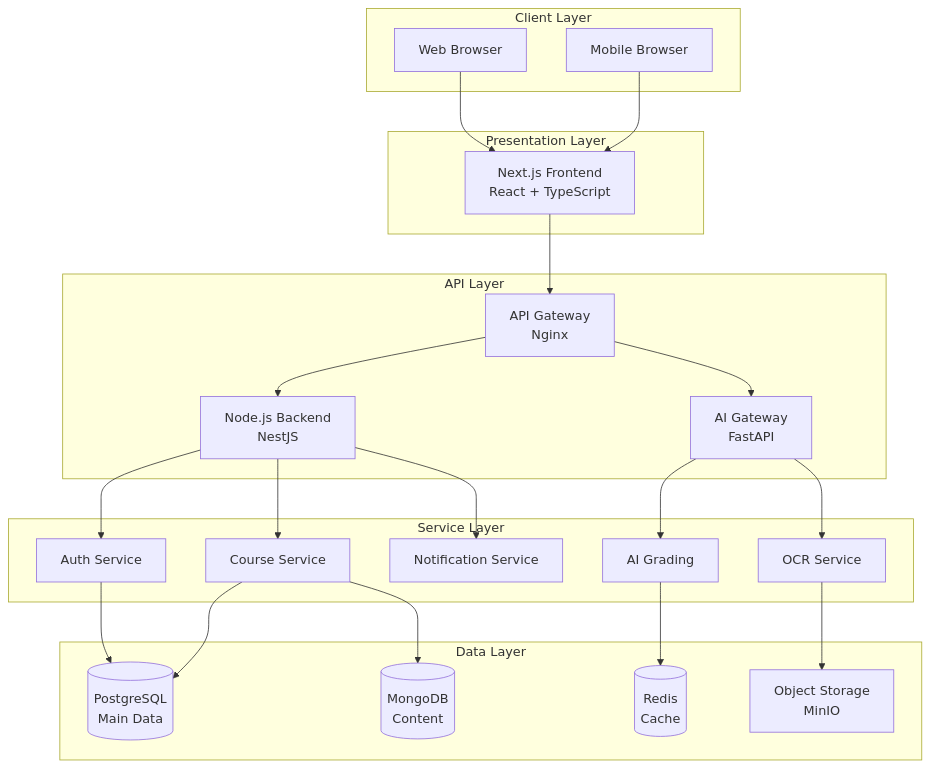
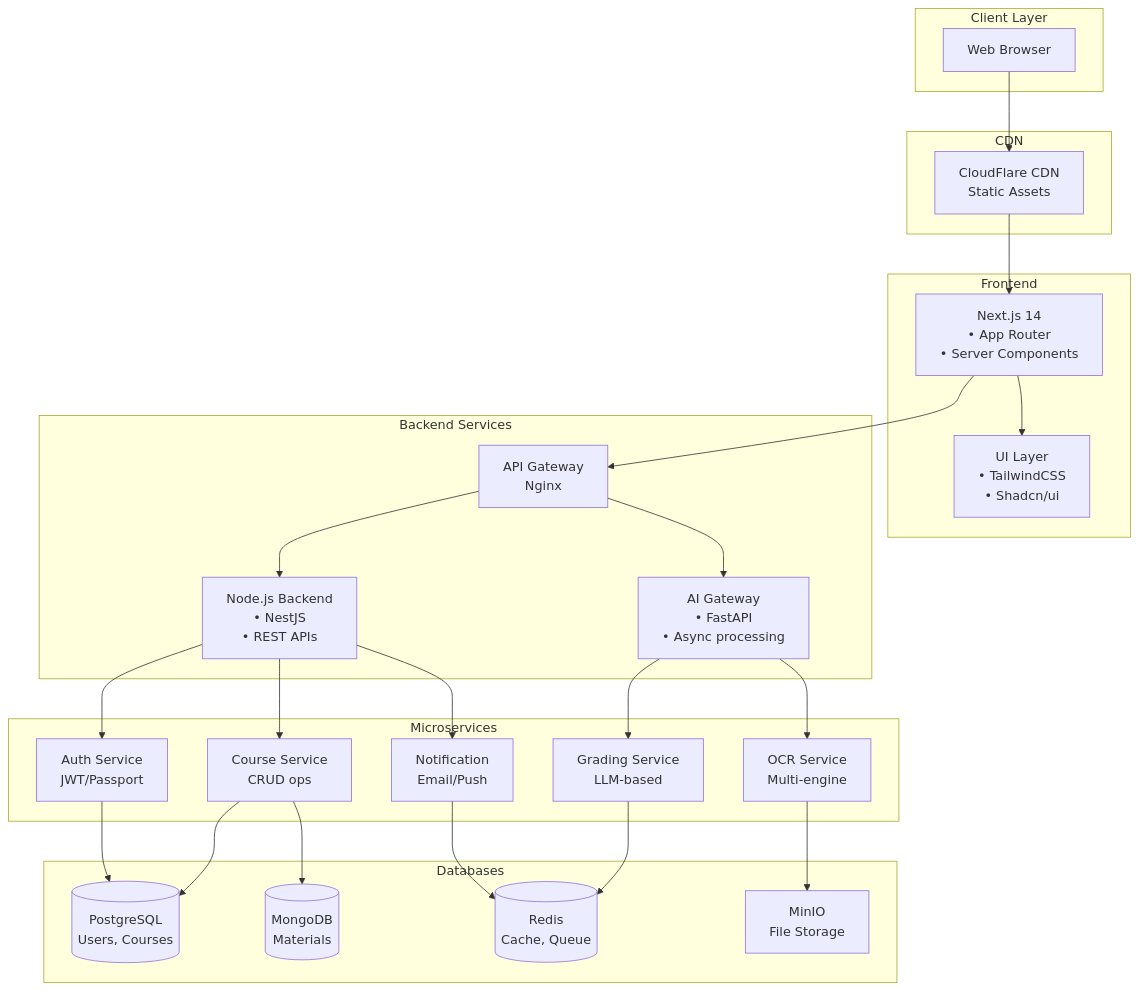
One commit to abdulrahman-riyad/Co-Learn changed the second of 12 diagrams in diagrams-and-docs/mvp-documentation.md. Above: the diagram before and after it, drawn with Mermaid. The commit also changed other lines of this file and 31 other files, not shown here.

Commit message:
diagrams updated

````diff
--- a/diagrams-and-docs/mvp-documentation.md
+++ b/diagrams-and-docs/mvp-documentation.md
@@ -164,49 +164,58 @@
 ```mermaid
 graph TB
     subgraph "Client Layer"
         Browser[Web Browser]
-        Mobile[Mobile Browser]
     end
     
-    subgraph "Presentation Layer"
-        NextJS[Next.js Frontend<br/>React + TypeScript]
+    subgraph "CDN"
+        CloudFlare[CloudFlare CDN<br/>Static Assets]
     end
     
-    subgraph "API Layer"
-        Gateway[API Gateway<br/>Nginx]
-        NodeAPI[Node.js Backend<br/>NestJS]
-        AIGateway[AI Gateway<br/>FastAPI]
+    subgraph "Frontend"
+        NextJS[Next.js 14<br/>• App Router<br/>• Server Components]
+        UI[UI Layer<br/>• TailwindCSS<br/>• Shadcn/ui]
     end
     
-    subgraph "Service Layer"
-        Auth[Auth Service]
-        Course[Course Service]
-        Grading[AI Grading]
-        OCR[OCR Service]
-        Notify[Notification Service]
+    subgraph "Backend Services"
+        Gateway[API Gateway<br/>Nginx]
+        NodeAPI[Node.js Backend<br/>• NestJS<br/>• REST APIs]
+        AIGateway[AI Gateway<br/>• FastAPI<br/>• Async processing]
     end
     
-    subgraph "Data Layer"
-        Postgres[(PostgreSQL<br/>Main Data)]
-        MongoDB[(MongoDB<br/>Content)]
-        Redis[(Redis<br/>Cache)]
-        S3[Object Storage<br/>MinIO]
+    subgraph "Microservices"
+        AuthService[Auth Service<br/>JWT/Passport]
+        CourseService[Course Service<br/>CRUD ops]
+        NotifyService[Notification<br/>Email/Push]
+        OCRService[OCR Service<br/>Multi-engine]
+        GradeService[Grading Service<br/>LLM-based]
     end
     
-    Browser --> NextJS
-    Mobile --> NextJS
+    subgraph "Databases"
+        Postgres[(PostgreSQL<br/>Users, Courses)]
+        MongoDB[(MongoDB<br/>Materials)]
+        Redis[(Redis<br/>Cache, Queue)]
+        MinIO[MinIO<br/>File Storage]
+    end
+    
+    Browser --> CloudFlare
+    CloudFlare --> NextJS
+    NextJS --> UI
     NextJS --> Gateway
+    
     Gateway --> NodeAPI
     Gateway --> AIGateway
-    NodeAPI --> Auth
-    NodeAPI --> Course
-    NodeAPI --> Notify
-    AIGateway --> Grading
-    AIGateway --> OCR
     
-    Auth --> Postgres
-    Course --> Postgres
-    Course --> MongoDB
-    Grading --> Redis
-    OCR --> S3
+    NodeAPI --> AuthService
+    NodeAPI --> CourseService
+    NodeAPI --> NotifyService
+    
+    AIGateway --> OCRService
+    AIGateway --> GradeService
+    
+    AuthService --> Postgres
+    CourseService --> Postgres
+    CourseService --> MongoDB
+    NotifyService --> Redis
+    OCRService --> MinIO
+    GradeService --> Redis
 ```
````
